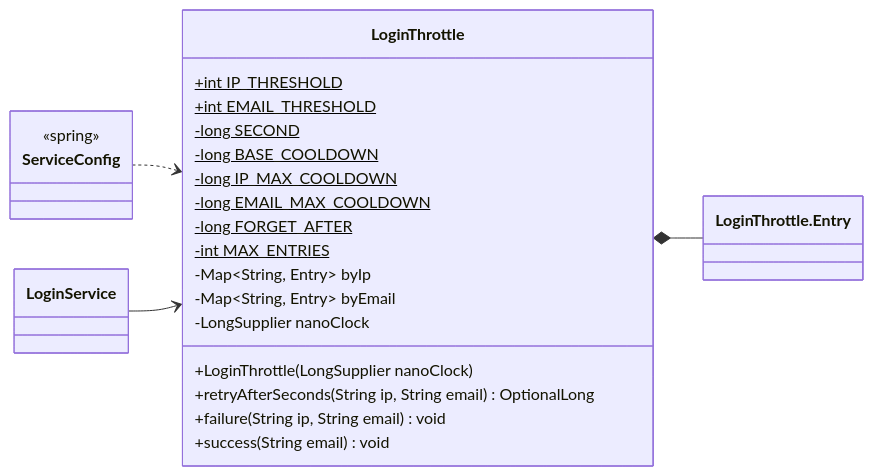
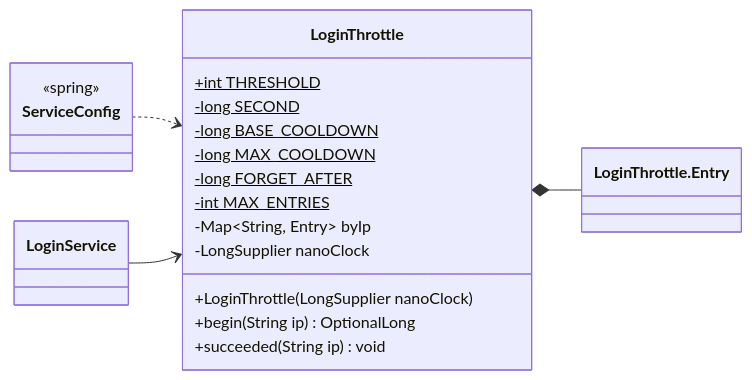
Diagram 12 of 15 in docs/classes/auth.md (Nate-ryan-7690/dahaem), drawn with Mermaid before and after one commit. The commit also changed other lines of this file and 4 other files, not shown here.

````diff
--- a/docs/classes/auth.md
+++ b/docs/classes/auth.md
@@ -587,29 +581,25 @@
 ```mermaid
 classDiagram
     direction LR
     class auth_LoginThrottle["LoginThrottle"] {
-        +int IP_THRESHOLD$
-        +int EMAIL_THRESHOLD$
+        +int THRESHOLD$
         -long SECOND$
         -long BASE_COOLDOWN$
-        -long IP_MAX_COOLDOWN$
-        -long EMAIL_MAX_COOLDOWN$
+        -long MAX_COOLDOWN$
         -long FORGET_AFTER$
         -int MAX_ENTRIES$
         -Map~String, Entry~ byIp
-        -Map~String, Entry~ byEmail
         -LongSupplier nanoClock
         +LoginThrottle(LongSupplier nanoClock)
-        +retryAfterSeconds(String ip, String email) OptionalLong
-        +failure(String ip, String email) void
-        +success(String email) void
+        +begin(String ip) OptionalLong
+        +succeeded(String ip) void
     }
     class auth_LoginThrottle_Entry["LoginThrottle.Entry"]
     class auth_LoginService["LoginService"]
     class api_ServiceConfig["ServiceConfig"] {
         <<spring>>
     }
     auth_LoginThrottle *-- auth_LoginThrottle_Entry
     api_ServiceConfig ..> auth_LoginThrottle
     auth_LoginService --> auth_LoginThrottle
 ```
````
